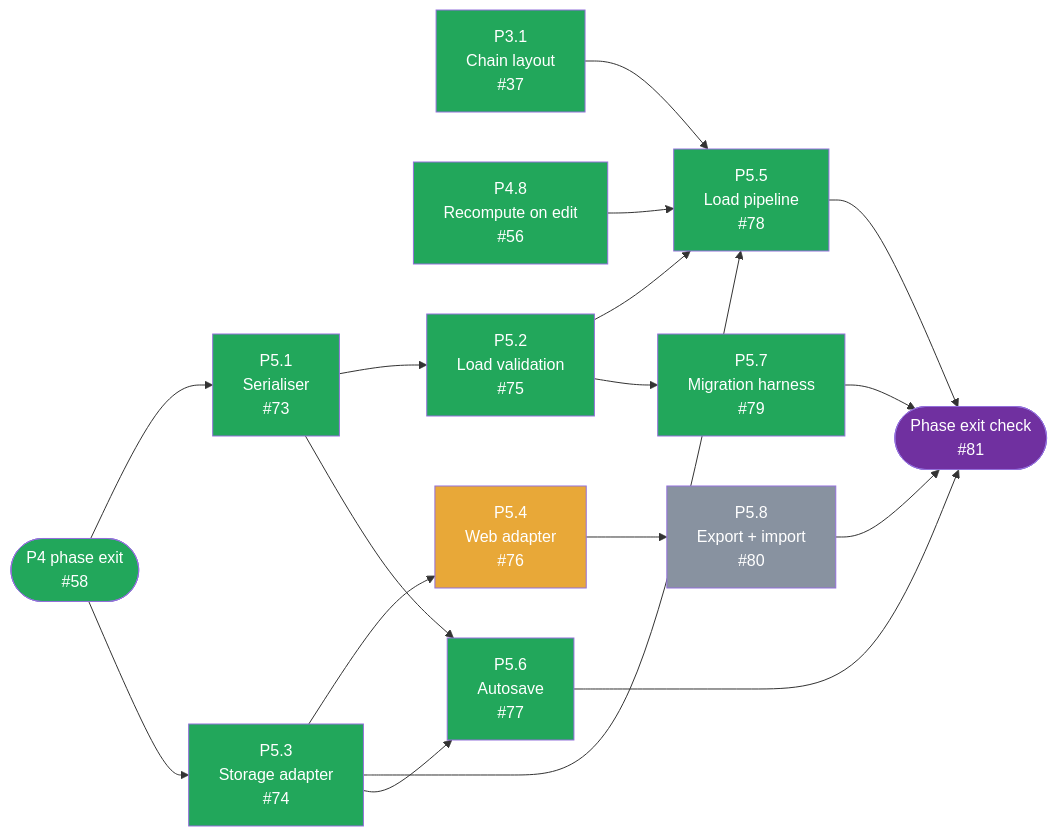
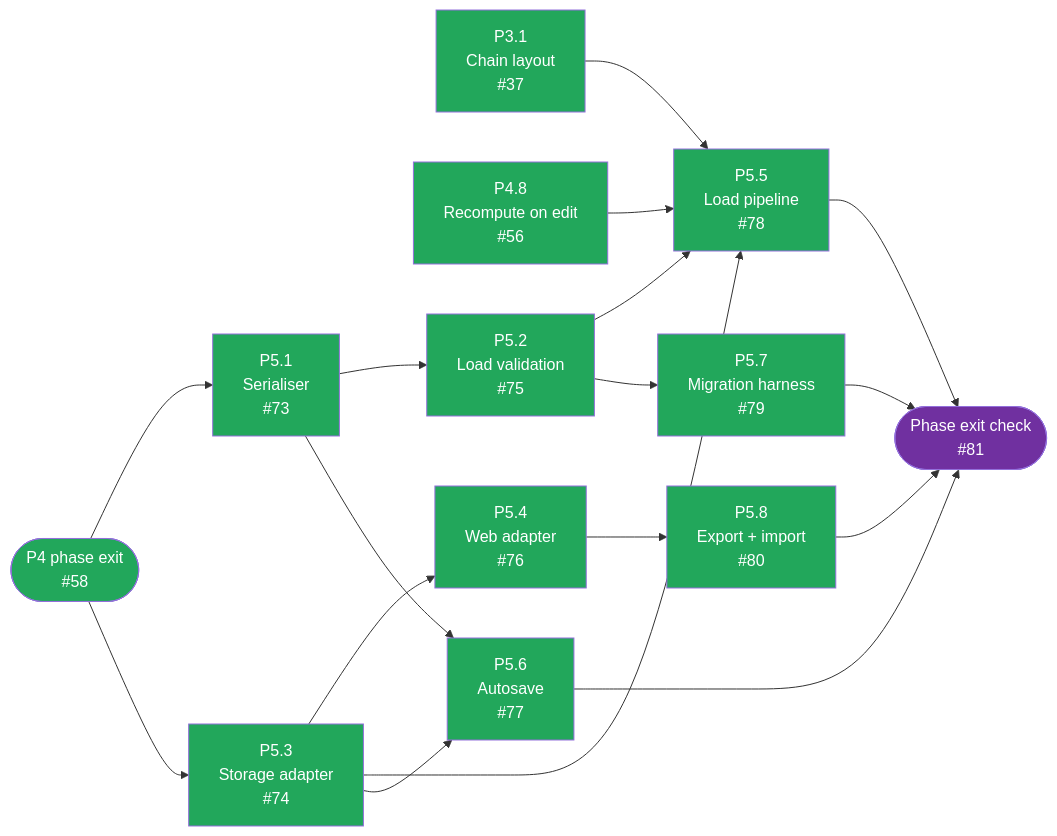
One commit to tousifosman/CalcMind changed the fourth of 5 diagrams in docs/DEVELOPMENT_PLAN.md. Above: the diagram before and after it, drawn with Mermaid. The commit also changed other lines of this file and 11 other files, not shown here.

````diff
--- a/docs/DEVELOPMENT_PLAN.md
+++ b/docs/DEVELOPMENT_PLAN.md
@@ -726,45 +726,45 @@
 ```mermaid
 flowchart LR
     P4EXIT(["P4 phase exit<br/>#58"])
     P31["P3.1<br/>Chain layout<br/>#37"]
     P48["P4.8<br/>Recompute on edit<br/>#56"]
     P51["P5.1<br/>Serialiser<br/>#73"]
     P52["P5.2<br/>Load validation<br/>#75"]
     P53["P5.3<br/>Storage adapter<br/>#74"]
     P54["P5.4<br/>Web adapter<br/>#76"]
     P55["P5.5<br/>Load pipeline<br/>#78"]
     P56["P5.6<br/>Autosave<br/>#77"]
     P57["P5.7<br/>Migration harness<br/>#79"]
     P58["P5.8<br/>Export + import<br/>#80"]
     EXIT(["Phase exit check<br/>#81"])
 
     P4EXIT --> P51
     P4EXIT --> P53
     P51 --> P52
     P53 --> P54
     P52 --> P55
     P53 --> P55
     P31 --> P55
     P48 --> P55
     P51 --> P56
     P53 --> P56
     P52 --> P57
     P54 --> P58
     P55 --> EXIT
     P56 --> EXIT
     P57 --> EXIT
     P58 --> EXIT
 
     style P4EXIT fill:#22A75B,color:#fff
     style P31 fill:#22A75B,color:#fff
     style P48 fill:#22A75B,color:#fff
     style P51 fill:#22A75B,color:#fff
     style P52 fill:#22A75B,color:#fff
     style P53 fill:#22A75B,color:#fff
-    style P54 fill:#E8A838,color:#fff
+    style P54 fill:#22A75B,color:#fff
     style P55 fill:#22A75B,color:#fff
     style P56 fill:#22A75B,color:#fff
     style P57 fill:#22A75B,color:#fff
-    style P58 fill:#8892A0,color:#fff
+    style P58 fill:#22A75B,color:#fff
     style EXIT fill:#7030A0,color:#fff
 ```
````
